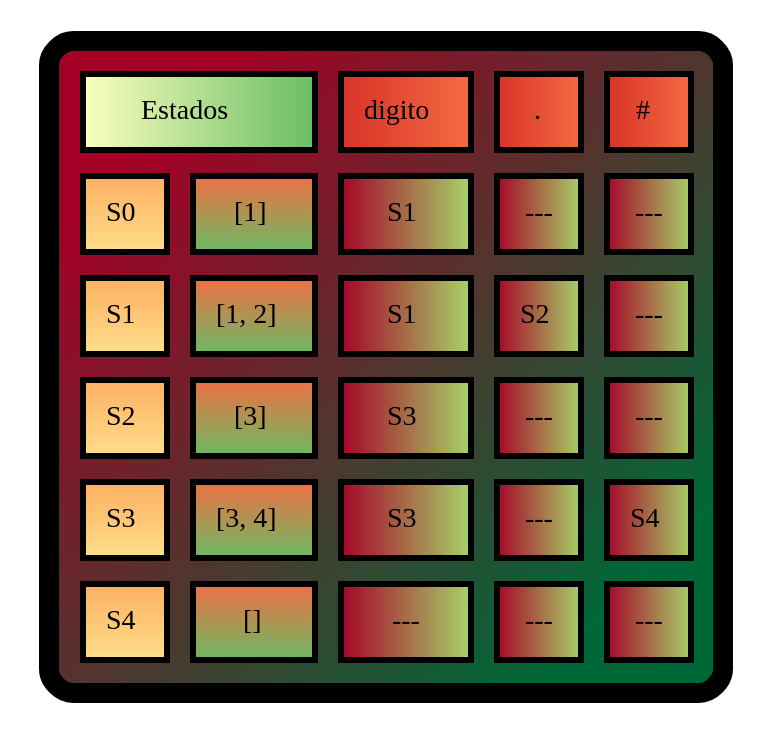
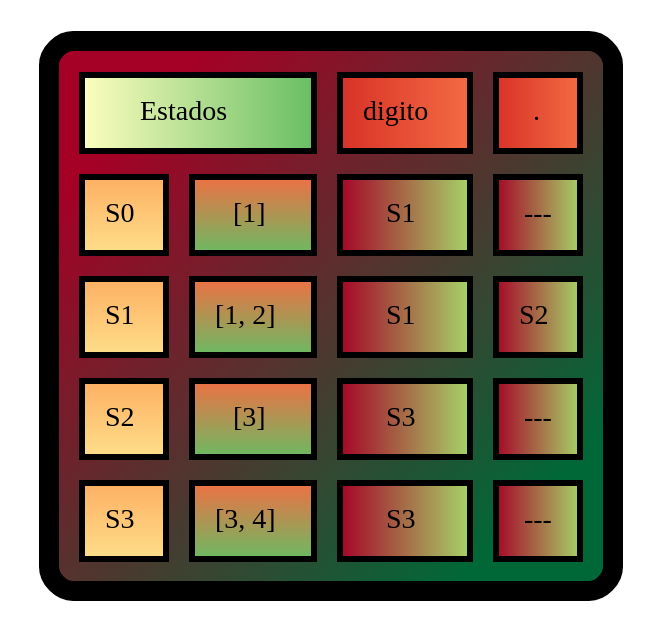
Before and after one commit to AngelArteaga1/OLC_Proyecto1_201901816: the diagram in OLC_Proyecto1_201901816/Transiciones/decimales.dot, drawn with Graphviz. The commit also changed 26 other files, not shown here.

```diff
--- a/OLC_Proyecto1_201901816/Transiciones/decimales.dot
+++ b/OLC_Proyecto1_201901816/Transiciones/decimales.dot
@@ -1,49 +1,37 @@
 digraph G{
 tbl [
 shape=plaintext
 label=<
 <TABLE border="10" cellspacing="10" cellpadding="10" style="rounded" bgcolor="/rdylgn11/1:/rdylgn11/11" gradientangle="315">
 <TR>
 <TD border="3" colspan="2"  bgcolor="/rdylgn11/6:/rdylgn11/9">Estados</TD>
 <TD border="3"  bgcolor="/rdylgn11/2:/rdylgn11/3">digito</TD>
 <TD border="3"  bgcolor="/rdylgn11/2:/rdylgn11/3">.</TD>
-<TD border="3"  bgcolor="/rdylgn11/2:/rdylgn11/3">#</TD>
 </TR>
 <TR>
 <TD border="3" bgcolor="/rdylgn11/4:/rdylgn11/5" gradientangle="270">S0</TD>
 <TD border="3" bgcolor="/rdylgn11/3:/rdylgn11/9" gradientangle="270">[1]</TD>
 <TD border="3"  bgcolor="/rdylgn11/1:/rdylgn11/8">S1</TD>
-<TD border="3"  bgcolor="/rdylgn11/1:/rdylgn11/8">---</TD>
 <TD border="3"  bgcolor="/rdylgn11/1:/rdylgn11/8">---</TD>
 </TR>
 <TR>
 <TD border="3" bgcolor="/rdylgn11/4:/rdylgn11/5" gradientangle="270">S1</TD>
 <TD border="3" bgcolor="/rdylgn11/3:/rdylgn11/9" gradientangle="270">[1, 2]</TD>
 <TD border="3"  bgcolor="/rdylgn11/1:/rdylgn11/8">S1</TD>
 <TD border="3"  bgcolor="/rdylgn11/1:/rdylgn11/8">S2</TD>
-<TD border="3"  bgcolor="/rdylgn11/1:/rdylgn11/8">---</TD>
 </TR>
 <TR>
 <TD border="3" bgcolor="/rdylgn11/4:/rdylgn11/5" gradientangle="270">S2</TD>
 <TD border="3" bgcolor="/rdylgn11/3:/rdylgn11/9" gradientangle="270">[3]</TD>
 <TD border="3"  bgcolor="/rdylgn11/1:/rdylgn11/8">S3</TD>
-<TD border="3"  bgcolor="/rdylgn11/1:/rdylgn11/8">---</TD>
 <TD border="3"  bgcolor="/rdylgn11/1:/rdylgn11/8">---</TD>
 </TR>
 <TR>
 <TD border="3" bgcolor="/rdylgn11/4:/rdylgn11/5" gradientangle="270">S3</TD>
 <TD border="3" bgcolor="/rdylgn11/3:/rdylgn11/9" gradientangle="270">[3, 4]</TD>
 <TD border="3"  bgcolor="/rdylgn11/1:/rdylgn11/8">S3</TD>
 <TD border="3"  bgcolor="/rdylgn11/1:/rdylgn11/8">---</TD>
-<TD border="3"  bgcolor="/rdylgn11/1:/rdylgn11/8">S4</TD>
-</TR>
-<TR>
-<TD border="3" bgcolor="/rdylgn11/4:/rdylgn11/5" gradientangle="270">S4</TD>
-<TD border="3" bgcolor="/rdylgn11/3:/rdylgn11/9" gradientangle="270">[]</TD>
-<TD border="3"  bgcolor="/rdylgn11/1:/rdylgn11/8">---</TD>
-<TD border="3"  bgcolor="/rdylgn11/1:/rdylgn11/8">---</TD>
-<TD border="3"  bgcolor="/rdylgn11/1:/rdylgn11/8">---</TD>
 </TR>
 </TABLE>
 >];
 }
```
